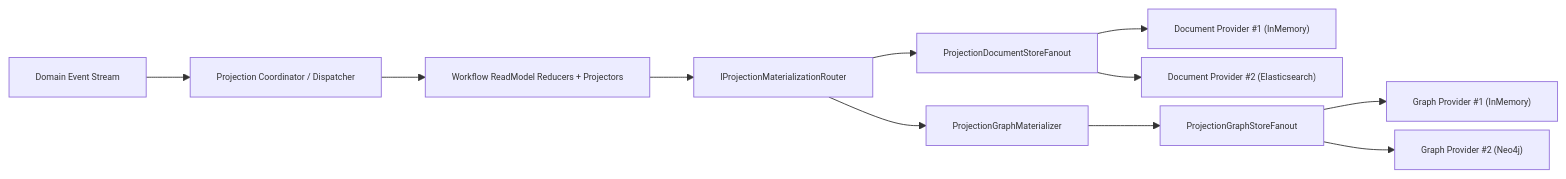
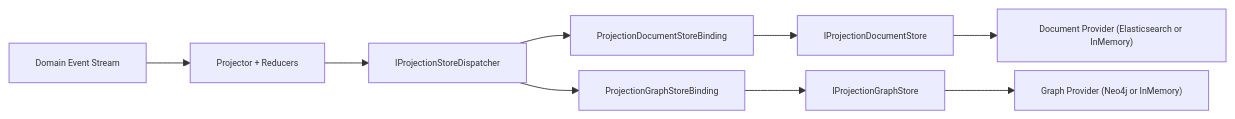
One commit to aevatarAI/aevatar changed the first of 2 diagrams in docs/architecture/projection-readmodel-full-refactor-plan-2026-02-24.md. Above: the diagram before and after it, drawn with Mermaid. The commit also changed other lines of this file and 64 other files, not shown here.

First line of the commit message:
Refactor Projection Store Interfaces and Update Dependency Injection

````diff
--- a/docs/architecture/projection-readmodel-full-refactor-plan-2026-02-24.md
+++ b/docs/architecture/projection-readmodel-full-refactor-plan-2026-02-24.md
@@ -24,17 +19,12 @@
 ```mermaid
 %%{init: {"maxTextSize": 100000, "flowchart": {"useMaxWidth": false, "nodeSpacing": 10, "rankSpacing": 50}, "themeVariables": {"fontSize": "10px"}}}%%
 flowchart LR
-    A["Domain Event Stream"] --> B["Projection Coordinator / Dispatcher"]
-    B --> C["Workflow ReadModel Reducers + Projectors"]
-    C --> D["IProjectionMaterializationRouter<TReadModel,TKey>"]
-
-    D --> E["ProjectionDocumentStoreFanout<TReadModel,TKey>"]
-    D --> F["ProjectionGraphMaterializer<TReadModel>"]
-
-    E --> E1["Document Provider #1 (InMemory)"]
-    E --> E2["Document Provider #2 (Elasticsearch)"]
-
-    F --> G["ProjectionGraphStoreFanout"]
-    G --> G1["Graph Provider #1 (InMemory)"]
-    G --> G2["Graph Provider #2 (Neo4j)"]
+  E["Domain Event Stream"] --> R["Projector + Reducers"]
+  R --> D["IProjectionStoreDispatcher<TReadModel,TKey>"]
+  D --> B1["ProjectionDocumentStoreBinding"]
+  D --> B2["ProjectionGraphStoreBinding"]
+  B1 --> S1["IProjectionDocumentStore<TReadModel,TKey>"]
+  B2 --> S2["IProjectionGraphStore"]
+  S1 --> P1["Document Provider (Elasticsearch or InMemory)"]
+  S2 --> P2["Graph Provider (Neo4j or InMemory)"]
 ```
````
